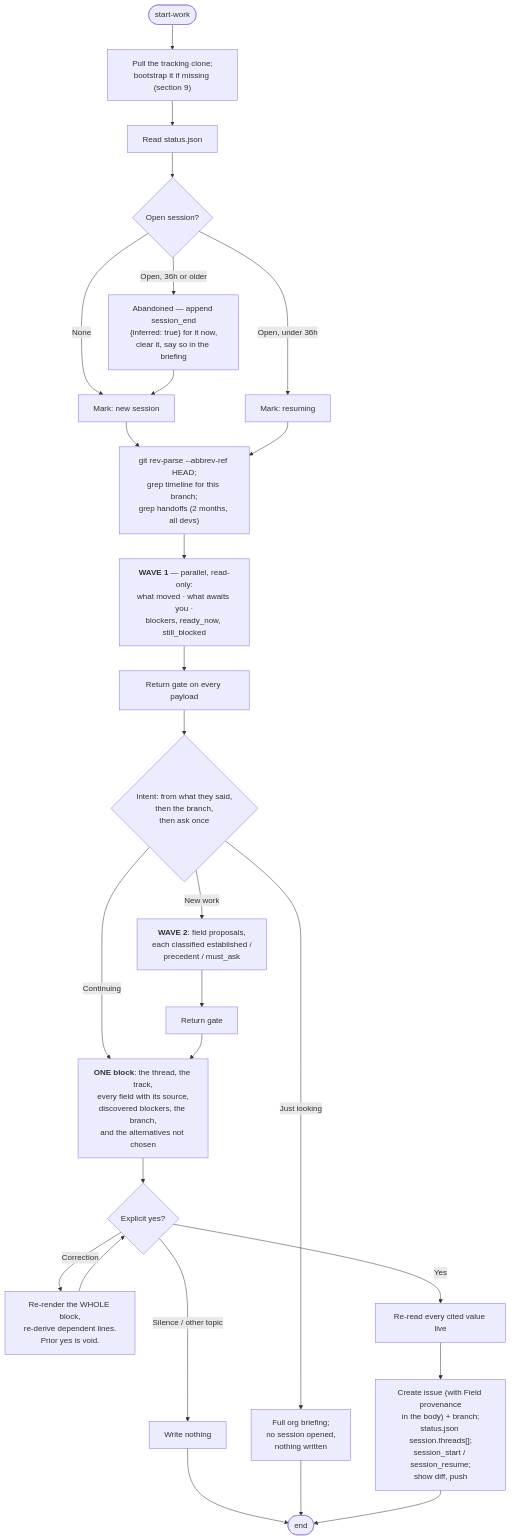
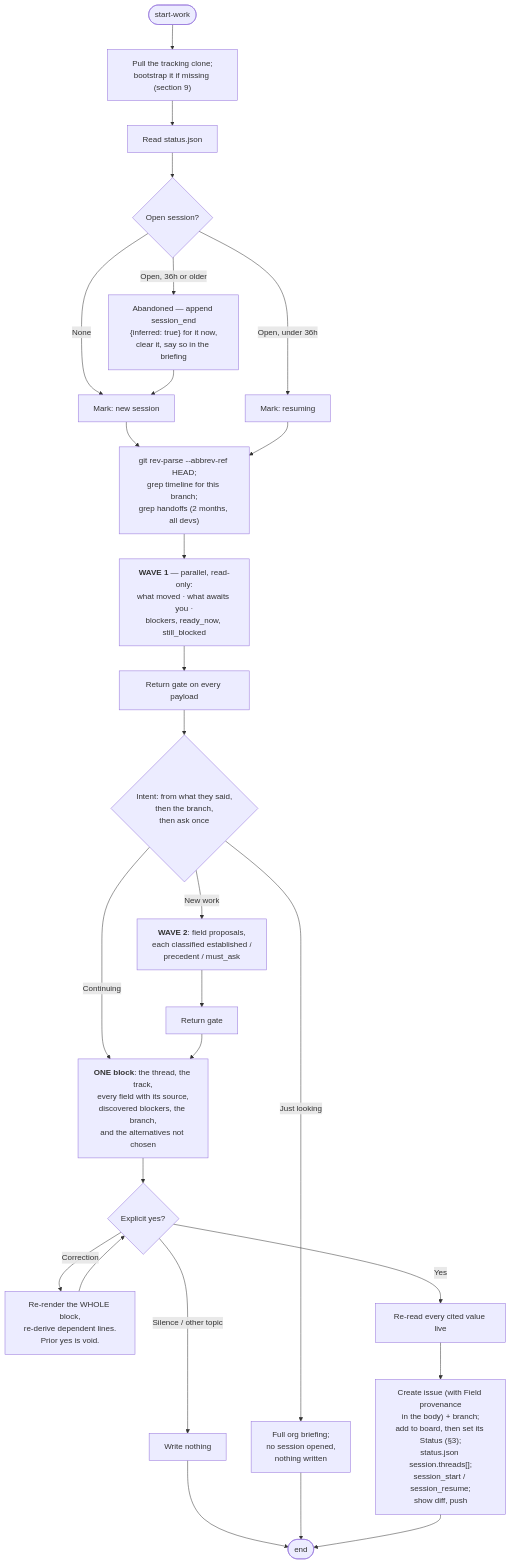
Before and after one commit to alimohammed1624/skills: the fifth of 8 diagrams in docs/target-workflow.md, drawn with Mermaid. The commit also changed other lines of this file and 4 other files, not shown here.

````diff
--- a/docs/target-workflow.md
+++ b/docs/target-workflow.md
@@ -455,32 +520,32 @@
 ```mermaid
 flowchart TD
     START([start-work]) --> SYNC["Pull the tracking clone;<br/>bootstrap it if missing (section 9)"]
     SYNC --> READ["Read status.json"]
     READ --> SESS{Open session?}
     SESS -->|None| NEW["Mark: new session"]
     SESS -->|"Open, under 36h"| RES["Mark: resuming"]
     SESS -->|"Open, 36h or older"| STALE["Abandoned — append session_end<br/>{inferred: true} for it now,<br/>clear it, say so in the briefing"]
     STALE --> NEW
     NEW --> BR
     RES --> BR
     BR["git rev-parse --abbrev-ref HEAD;<br/>grep timeline for this branch;<br/>grep handoffs (2 months, all devs)"] --> W1["<b>WAVE 1</b> — parallel, read-only:<br/>what moved · what awaits you ·<br/>blockers, ready_now, still_blocked"]
 
     W1 --> GATE1["Return gate on every payload"]
     GATE1 --> INTENT{Intent: from what they said,<br/>then the branch,<br/>then ask once}
 
     INTENT -->|Continuing| BLOCK
     INTENT -->|New work| W2["<b>WAVE 2</b>: field proposals,<br/>each classified established /<br/>precedent / must_ask"]
     INTENT -->|Just looking| BROWSE["Full org briefing;<br/>no session opened,<br/>nothing written"]
 
     W2 --> GATE2["Return gate"] --> BLOCK
 
     BLOCK["<b>ONE block</b>: the thread, the track,<br/>every field with its source,<br/>discovered blockers, the branch,<br/>and the alternatives not chosen"] --> YES{Explicit yes?}
 
     YES -->|Correction| REDO["Re-render the WHOLE block,<br/>re-derive dependent lines.<br/>Prior yes is void."] --> YES
     YES -->|"Silence / other topic"| NOTHING["Write nothing"] --> DONE
     YES -->|Yes| FRESH["Re-read every cited value live"]
 
-    FRESH --> WRITE["Create issue (with Field provenance<br/>in the body) + branch;<br/>status.json session.threads[];<br/>session_start / session_resume;<br/>show diff, push"]
+    FRESH --> WRITE["Create issue (with Field provenance<br/>in the body) + branch;<br/>add to board, then set its Status (§3);<br/>status.json session.threads[];<br/>session_start / session_resume;<br/>show diff, push"]
     BROWSE --> DONE([end])
     WRITE --> DONE
 ```
````
